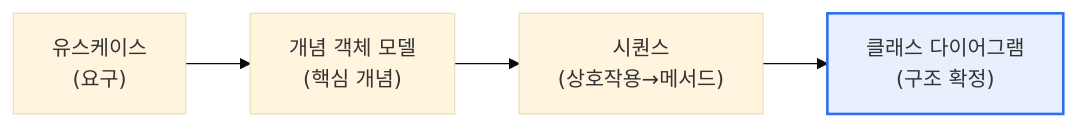
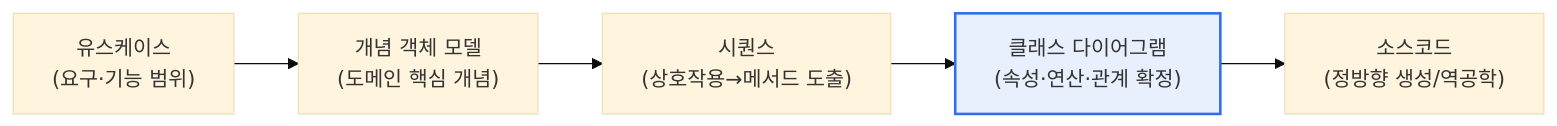
The first of 2 diagrams in content/uml-class-diagram.md (coninggu/wjdqhrhksflrltnftk), drawn with Mermaid (base theme) before and after one commit. The commit also changed other lines of this file and 3 other files, not shown here.

Commit message:
Deepen 웹서버 보안 — 리버스 프록시와 DDoS 사이버대피소, UML 클래스 다이어그램과 객체 모델링 (auto)

````diff
--- a/content/uml-class-diagram.md
+++ b/content/uml-class-diagram.md
@@ -11,5 +16,8 @@
 ```mermaid
 flowchart LR
-  U["유스케이스<br/>(요구)"] --> O["개념 객체 모델<br/>(핵심 개념)"] --> S["시퀀스<br/>(상호작용→메서드)"] --> C["클래스 다이어그램<br/>(구조 확정)"]
+  U["유스케이스<br/>(요구·기능 범위)"] --> O["개념 객체 모델<br/>(도메인 핵심 개념)"]
+  O --> S["시퀀스<br/>(상호작용→메서드 도출)"]
+  S --> C["클래스 다이어그램<br/>(속성·연산·관계 확정)"]
+  C --> Code["소스코드<br/>(정방향 생성/역공학)"]
   style C fill:#e8f0fe,stroke:#2f6fed,stroke-width:2px
 ```
````
